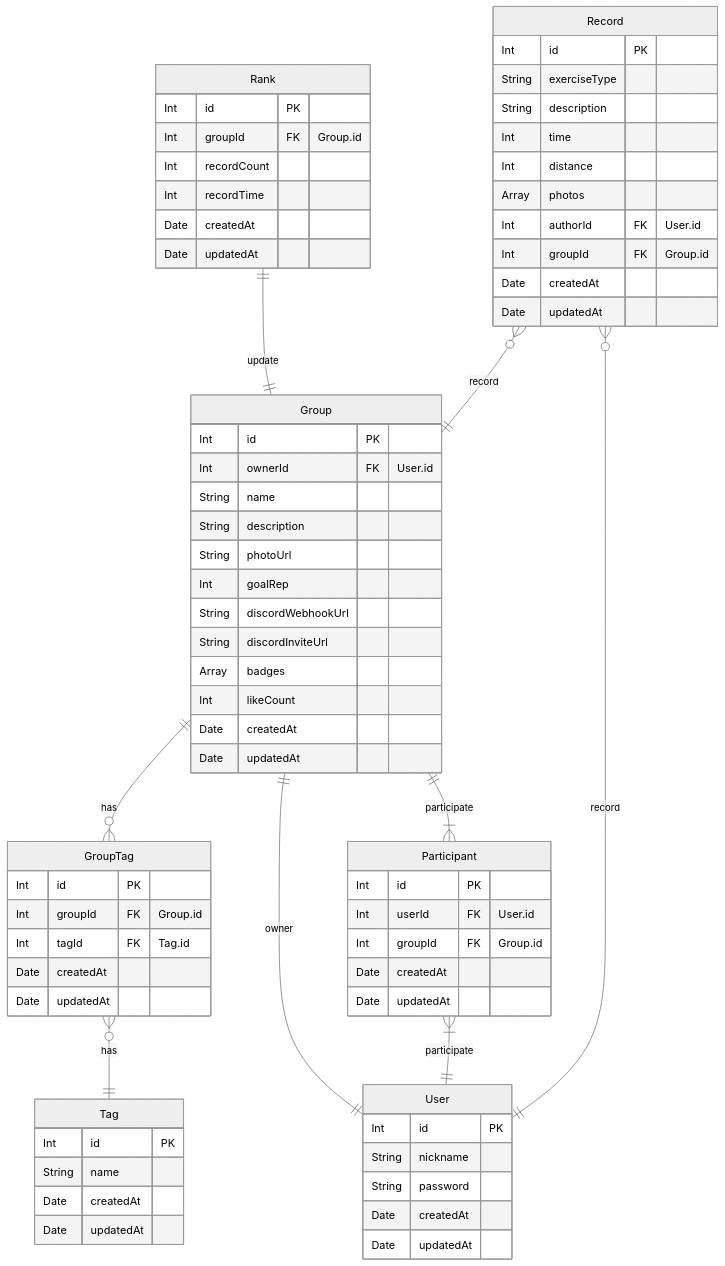
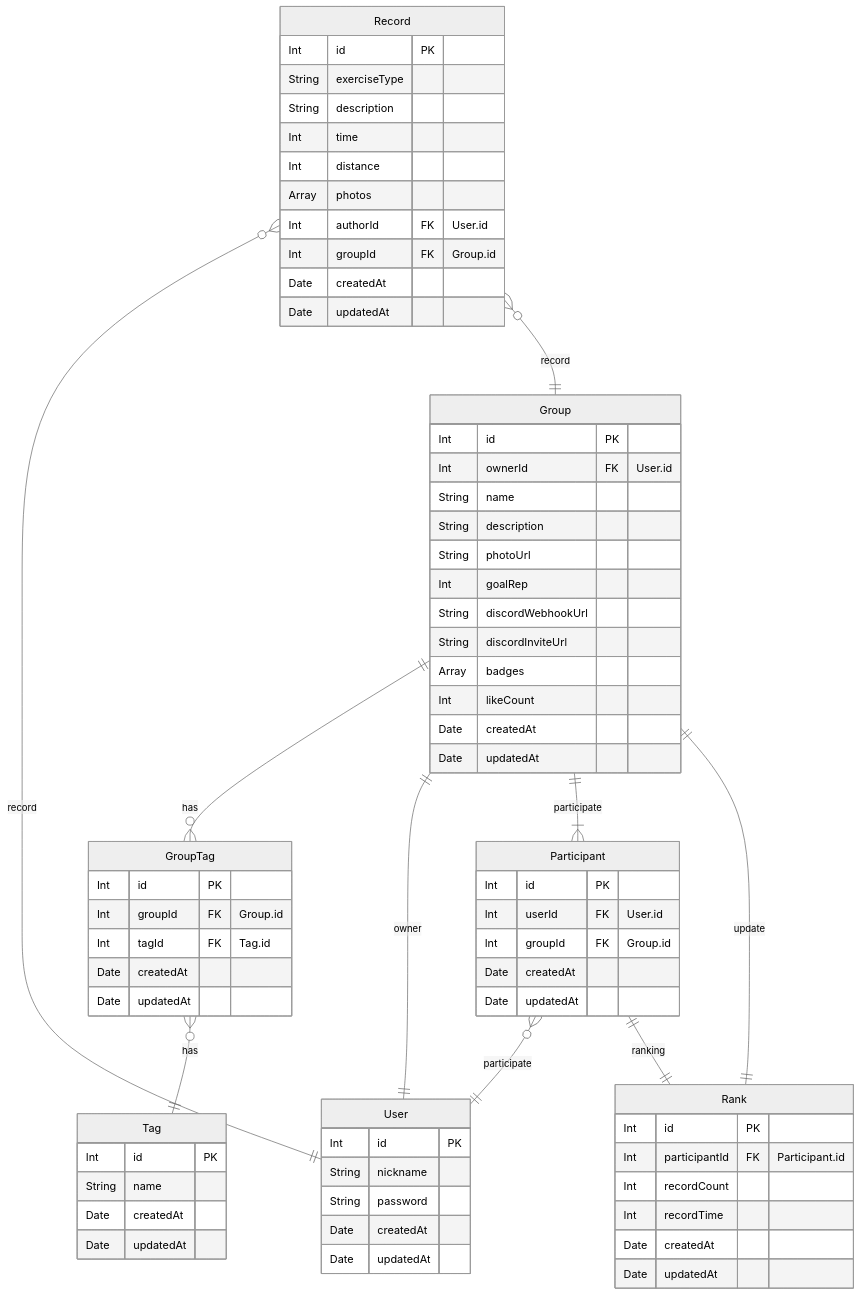
The diagram in README.md (nb02-seven-team3/nb02-seven-team3-02), drawn with Mermaid (neutral theme) before and after one commit.

````diff
--- a/README.md
+++ b/README.md
@@ -27,73 +27,74 @@
 ```mermaid
 erDiagram
     Group ||--o{ GroupTag: has
     GroupTag }o--|| Tag : has
     Group ||--|| User : owner
     Group ||--|{ Participant : participate
-    Participant }|--|| User : participate
+    Participant }o--|| User : participate
     Rank ||--|| Group : update
     Record }o--|| User : record
     Record }o--|| Group : record
+    Participant ||--|| Rank : ranking
 
     Tag {
         Int     id              PK
         String  name
         Date    createdAt
         Date    updatedAt
     }
     Group { 
         Int     id              PK
         Int     ownerId         FK "User.id"
         String  name
         String  description
         String  photoUrl
         Int     goalRep
         String  discordWebhookUrl
         String  discordInviteUrl
         Array   badges
         Int     likeCount
         Date    createdAt
         Date    updatedAt
     }
     GroupTag {
         Int     id              PK
         Int     groupId         FK "Group.id"
         Int     tagId           FK "Tag.id"
         Date    createdAt
         Date    updatedAt
     }
     User {
         Int     id              PK
         String  nickname
         String  password
         Date    createdAt
         Date    updatedAt
     }
     Participant {
         Int     id              PK
         Int     userId          FK "User.id"
         Int     groupId         FK "Group.id"
         Date    createdAt
         Date    updatedAt
     }
     Record {
         Int     id              PK
         String  exerciseType
         String  description
         Int     time
         Int     distance
         Array   photos
         Int     authorId        FK "User.id"
         Int     groupId         FK "Group.id"
         Date    createdAt
         Date    updatedAt
     }
     Rank {
         Int     id              PK
-        Int     groupId         FK "Group.id"
+        Int     participantId   FK "Participant.id"
         Int     recordCount
         Int     recordTime
         Date    createdAt
         Date    updatedAt
     }
 ```
````
